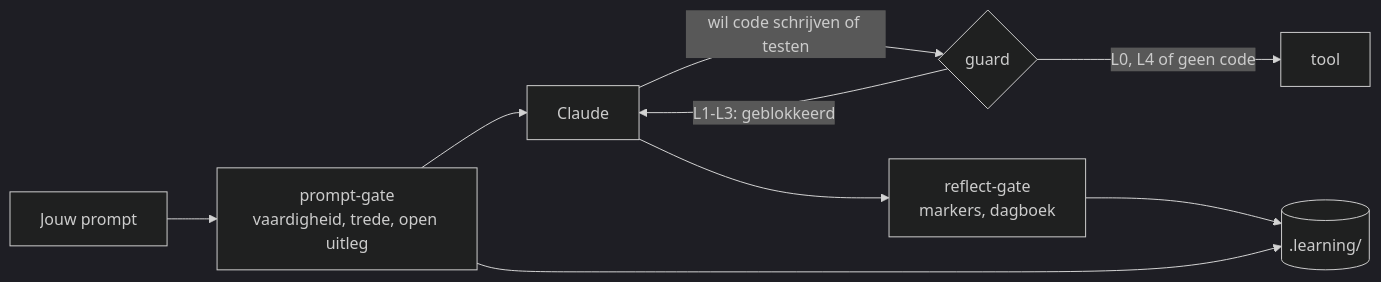
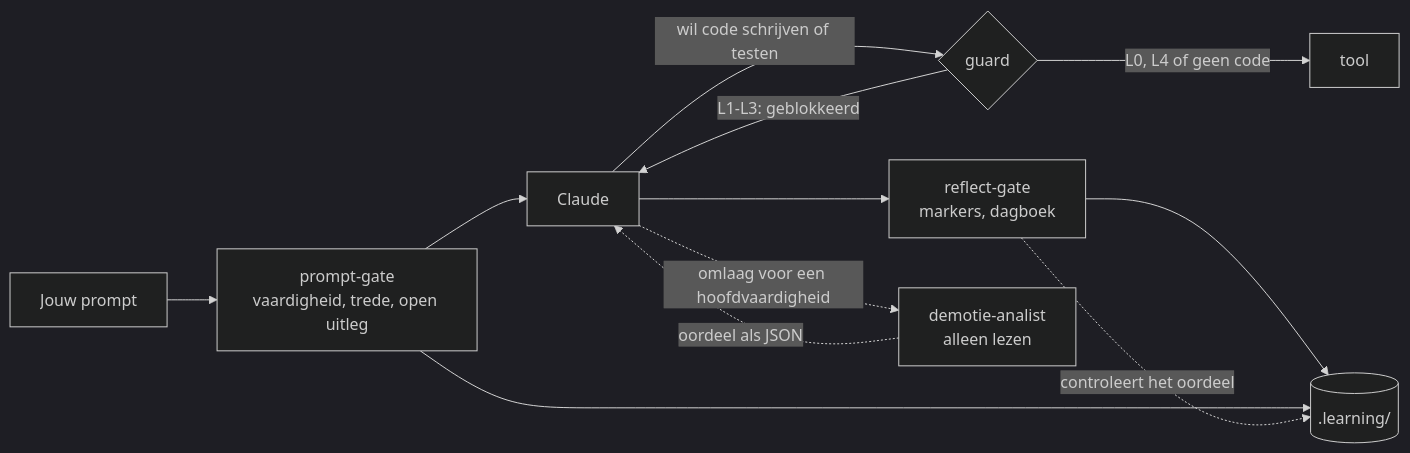
Before and after one commit to piethanegraaf/piethanegraaf.github.io: the diagram in docs/nl/how-it-works.md, drawn with Mermaid (dark theme). The commit also changed other lines of this file and 43 other files, not shown here.

````diff
--- a/docs/nl/how-it-works.md
+++ b/docs/nl/how-it-works.md
@@ -5,11 +5,14 @@
 ```mermaid
 flowchart LR
   P[Jouw prompt] --> G1[prompt-gate<br/>vaardigheid, trede, open uitleg]
   G1 --> C[Claude]
   C -->|wil code schrijven of testen| G2{guard}
   G2 -->|L1-L3: geblokkeerd| C
   G2 -->|L0, L4 of geen code| T[tool]
   C --> S[reflect-gate<br/>markers, dagboek]
   S --> R[(.learning/)]
   G1 --> R
+  C -.->|omlaag voor een hoofdvaardigheid| A[demotie-analist<br/>alleen lezen]
+  A -.->|oordeel als JSON| C
+  S -.->|controleert het oordeel| R
 ```
````
